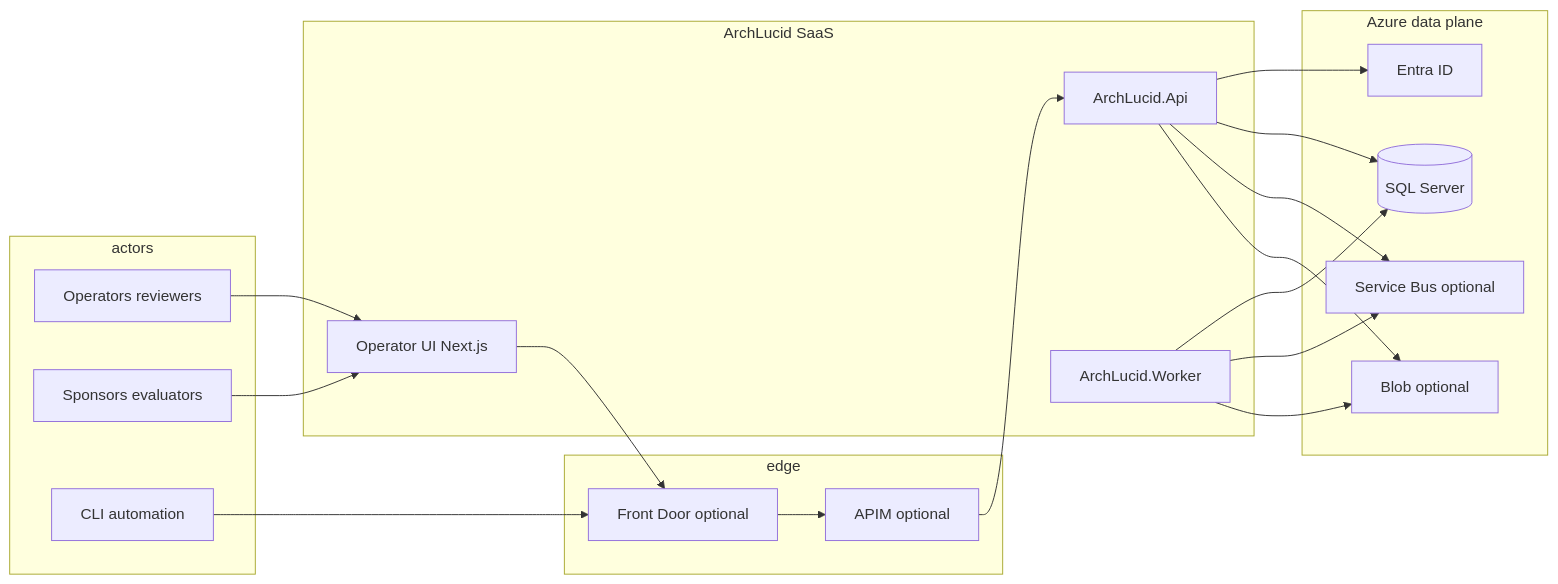
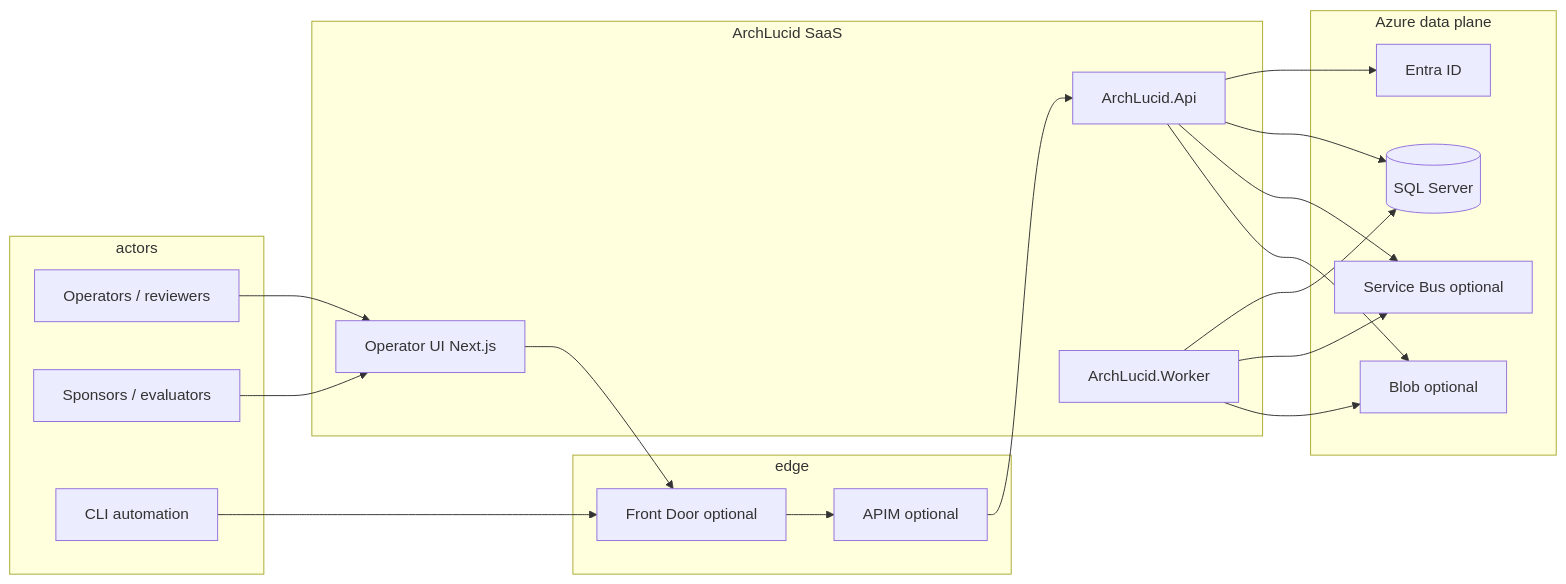
Before and after one commit to joefrancisGA/ArchLucid: the first of 2 diagrams in docs/ARCHITECTURE_ON_ONE_PAGE.md, drawn with Mermaid. The commit also changed 10 other files, not shown here.

````diff
--- a/docs/ARCHITECTURE_ON_ONE_PAGE.md
+++ b/docs/ARCHITECTURE_ON_ONE_PAGE.md
@@ -32,36 +32,36 @@
 ```mermaid
 flowchart LR
   subgraph actors
-    OP[Operators reviewers]
-    SP[Sponsors evaluators]
+    OP[Operators / reviewers]
+    SP[Sponsors / evaluators]
     AUTO[CLI automation]
   end
   subgraph edge
     FD[Front Door optional]
     GW[APIM optional]
   end
   subgraph boundary[ArchLucid SaaS]
     UI[Operator UI Next.js]
     API[ArchLucid.Api]
     WK[ArchLucid.Worker]
   end
   subgraph platform[Azure data plane]
     SQL[(SQL Server)]
     SB[Service Bus optional]
     BL[Blob optional]
     ID[Entra ID]
   end
   OP --> UI
   SP --> UI
   AUTO --> FD
   UI --> FD
   FD --> GW
   GW --> API
   API --> ID
   API --> SQL
   WK --> SQL
   API --> SB
   WK --> SB
   API --> BL
   WK --> BL
 ```
````
